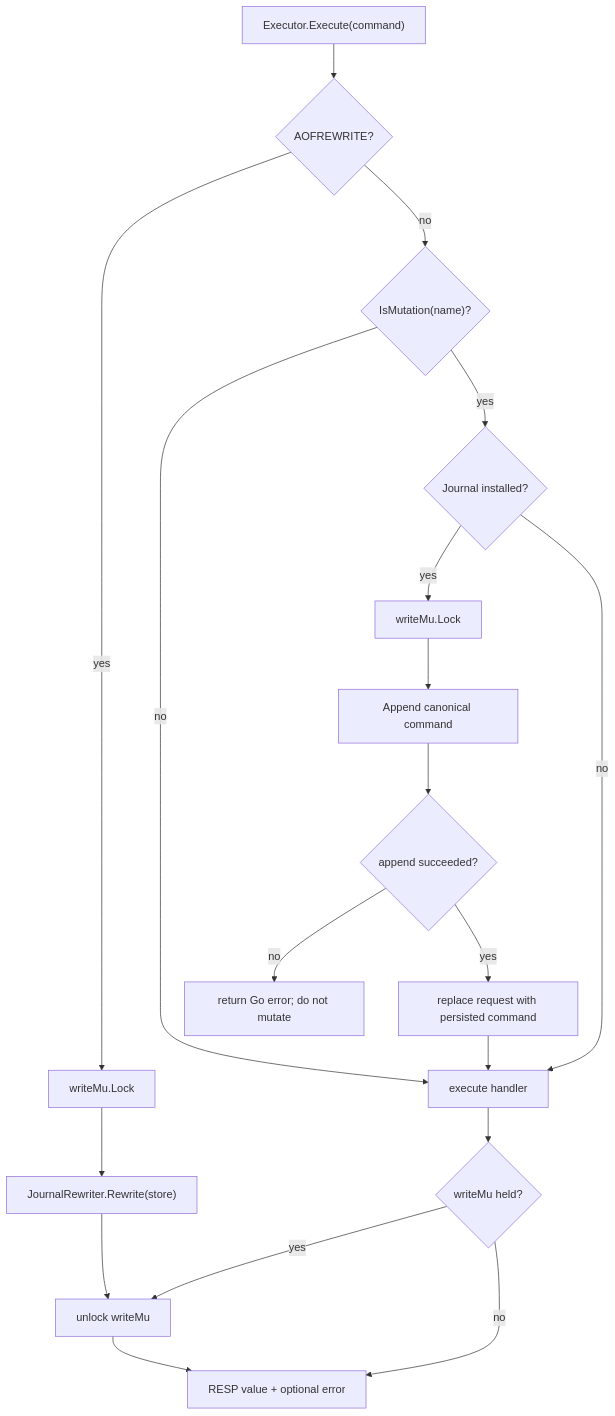
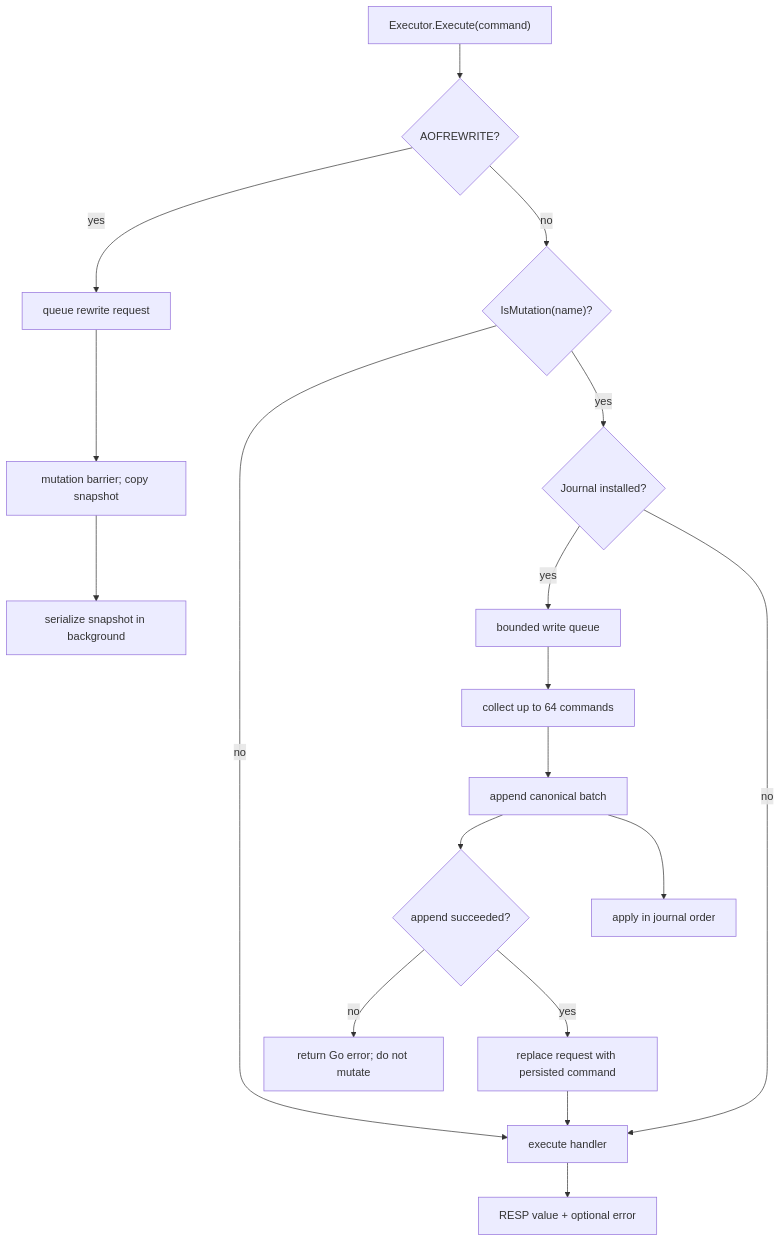
Before and after one commit to shivam-pathak9/carrot: the fifth of 6 diagrams in HLD.md, drawn with Mermaid. The commit also changed other lines of this file and 19 other files, not shown here.

````diff
--- a/HLD.md
+++ b/HLD.md
@@ -261,21 +261,20 @@
 ```mermaid
 flowchart TD
     Request["Executor.Execute(command)"] --> Special{"AOFREWRITE?"}
-    Special -->|yes| Barrier["writeMu.Lock"]
-    Barrier --> Rewrite["JournalRewriter.Rewrite(store)"]
-    Rewrite --> Unlock["unlock; return OK/error"]
+    Special -->|yes| RewriteQueue["queue rewrite request"]
+    RewriteQueue --> Capture["mutation barrier; copy snapshot"]
+    Capture --> Worker["serialize snapshot in background"]
     Special -->|no| Mut{"IsMutation(name)?"}
     Mut -->|no| Dispatch["execute handler"]
     Mut -->|yes| Journal{"Journal installed?"}
-    Journal -->|yes| Lock["writeMu.Lock"]
-    Lock --> Append["Append canonical command"]
+    Journal -->|yes| Queue["bounded write queue"]
+    Queue --> Batch["collect up to 64 commands"]
+    Batch --> Append["append canonical batch"]
     Journal -->|no| Dispatch
     Append --> Good{"append succeeded?"}
     Good -->|no| Error["return Go error; do not mutate"]
     Good -->|yes| Canonical["replace request with persisted command"]
     Canonical --> Dispatch
-    Dispatch --> LockHeld{"writeMu held?"}
-    LockHeld -->|yes| Unlock["unlock writeMu"]
-    LockHeld -->|no| Response["RESP value + optional error"]
-    Unlock --> Response
+    Append --> Apply["apply in journal order"]
+    Dispatch --> Response["RESP value + optional error"]
 ```
````
